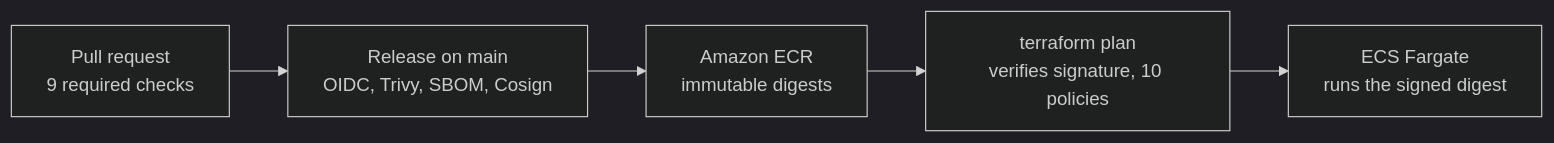
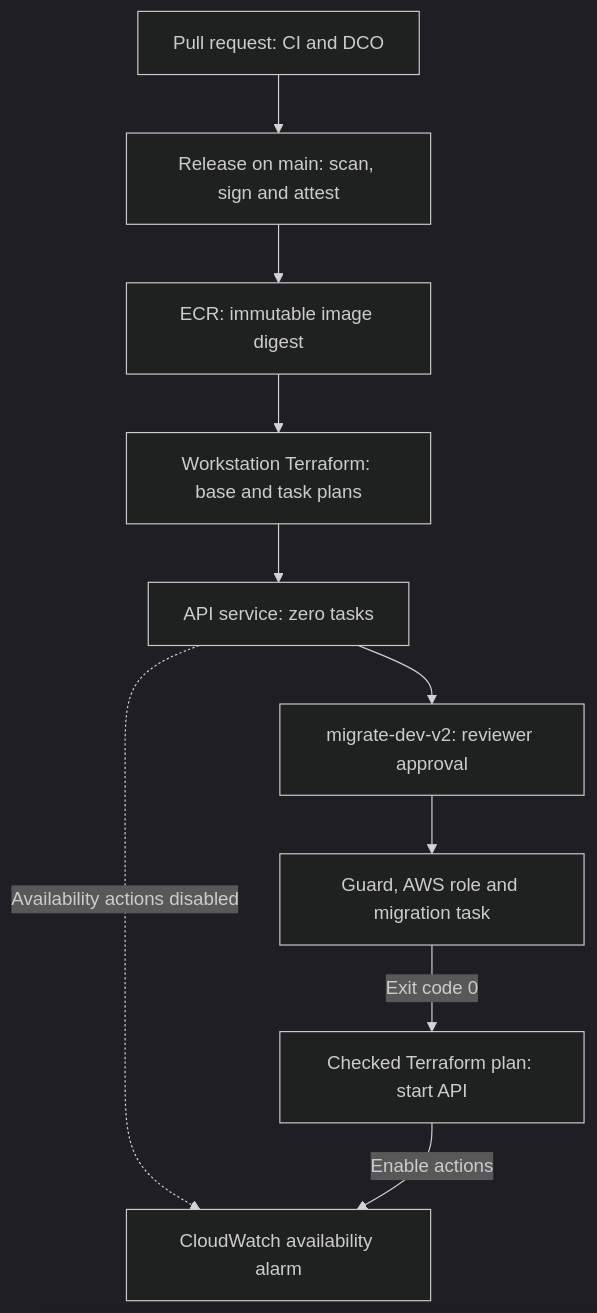
Before and after one commit to abdurahim50/medibook: the first of 2 diagrams in docs/architecture.md, drawn with Mermaid (dark theme). The commit also changed other lines of this file and 23 other files, not shown here.

````diff
--- a/docs/architecture.md
+++ b/docs/architecture.md
@@ -11,7 +11,12 @@
 ```mermaid
-flowchart LR
-  PR["Pull request<br/>9 required checks"] --> REL["Release on main<br/>OIDC, Trivy, SBOM, Cosign"]
-  REL --> ECR["Amazon ECR<br/>immutable digests"]
-  ECR --> PLAN["terraform plan<br/>verifies signature, 10 policies"]
-  PLAN --> ECS["ECS Fargate<br/>runs the signed digest"]
+flowchart TD
+  PR["Pull request: CI and DCO"] --> REL["Release on main: scan, sign and attest"]
+  REL --> ECR["ECR: immutable image digest"]
+  ECR --> BASE["Workstation Terraform: base and task plans"]
+  BASE --> ZERO["API service: zero tasks"]
+  ZERO --> GATE["migrate-dev-v2: reviewer approval"]
+  GATE --> MIG["Guard, AWS role and migration task"]
+  MIG -->|"Exit code 0"| START["Checked Terraform plan: start API"]
+  ZERO -. "Availability actions disabled" .-> ALARM["CloudWatch availability alarm"]
+  START -->|"Enable actions"| ALARM
 ```
````
